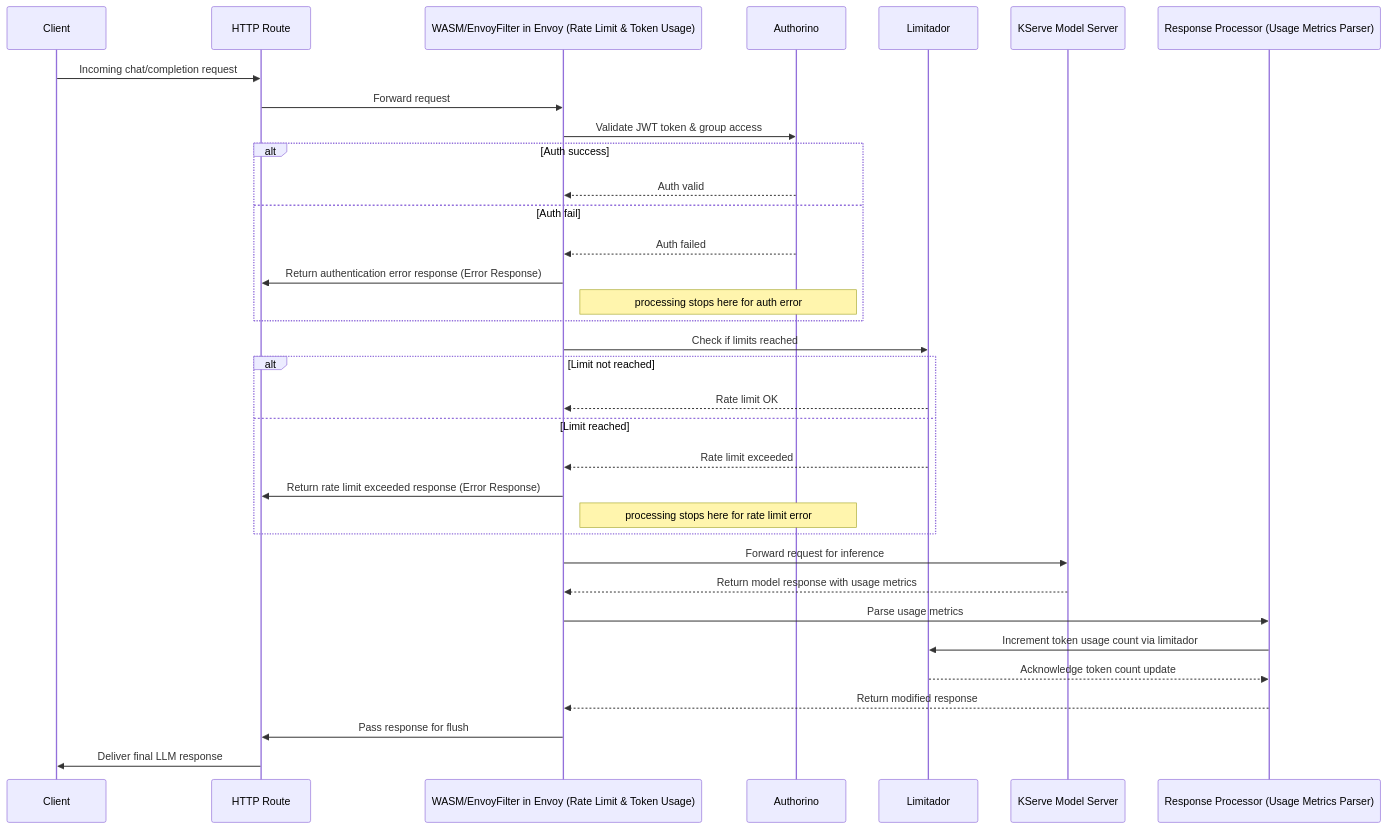
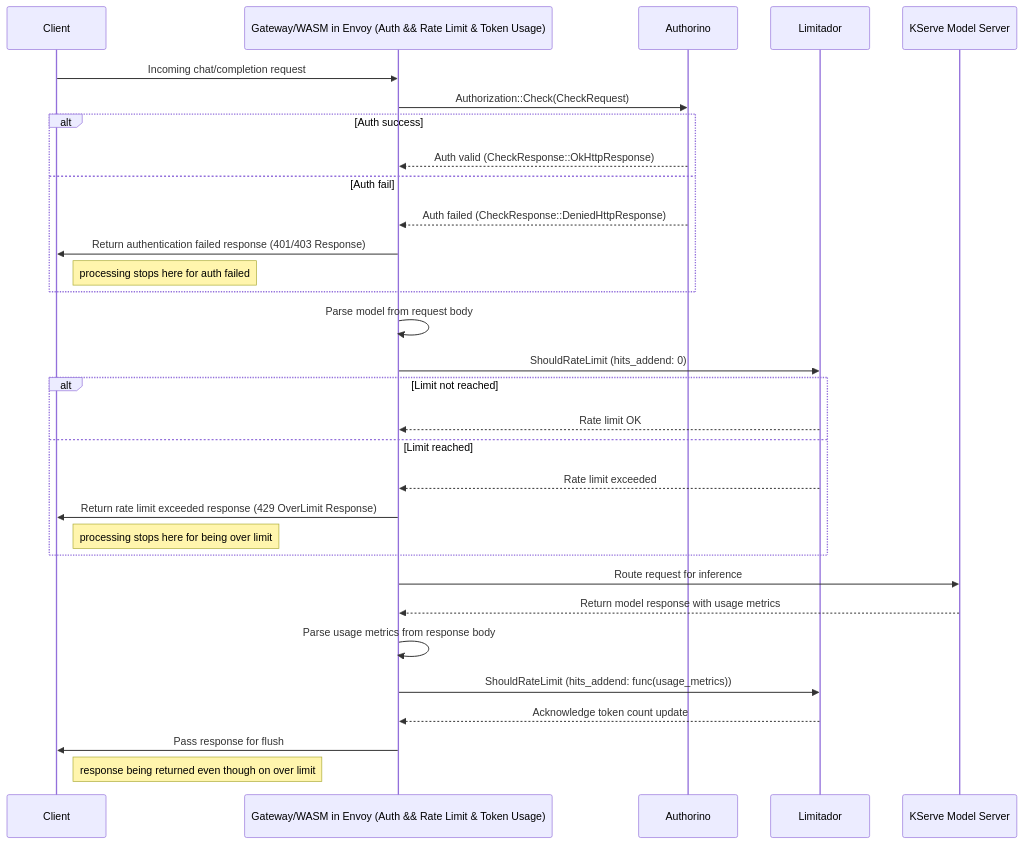
One commit to Kuadrant/architecture changed the first of 2 diagrams in rfcs/0013-ai-policies.md. Above: the diagram before and after it, drawn with Mermaid. The commit also changed other lines of this file, not shown here.

Commit message:
update token rate limiting sequence diagram

````diff
--- a/rfcs/0013-ai-policies.md
+++ b/rfcs/0013-ai-policies.md
@@ -205,51 +205,47 @@
 ```mermaid
 sequenceDiagram
   participant C as Client
-  participant HR as HTTP Route
-  participant WL as WASM/EnvoyFilter in Envoy (Rate Limit & Token Usage)
+  participant GW as Gateway/WASM in Envoy (Auth && Rate Limit & Token Usage)
   participant A as Authorino
   participant L as Limitador
   participant MS as KServe Model Server
-  participant RPM as Response Processor (Usage Metrics Parser)
 
   %% initial req
-  C->>HR: Incoming chat/completion request
-  HR->>WL: Forward request
+  C->>GW: Incoming chat/completion request
 
   %% JWT authentication check via Authorino
-  WL->>A: Validate JWT token & group access
+  GW->>A: Authorization::Check(CheckRequest)
   alt Auth success
-    A-->>WL: Auth valid
+    A-->>GW: Auth valid (CheckResponse::OkHttpResponse)
   else Auth fail
-    A-->>WL: Auth failed
-    WL->>HR: Return authentication error response (Error Response)
-    note right of WL: processing stops here for auth error
+    A-->>GW: Auth failed (CheckResponse::DeniedHttpResponse)
+    GW->>C: Return authentication failed response (401/403 Response)
+    note right of C: processing stops here for auth failed
   end
 
   %% pre-model-server token rate limiting check
-  WL->>L: Check if limits reached
+  GW->>GW: Parse model from request body
+  GW->>L: ShouldRateLimit (hits_addend: 0)
   alt Limit not reached
-    L-->>WL: Rate limit OK
+    L-->>GW: Rate limit OK
   else Limit reached
-    L-->>WL: Rate limit exceeded
-    WL->>HR: Return rate limit exceeded response (Error Response)
-    note right of WL: processing stops here for rate limit error
+    L-->>GW: Rate limit exceeded
+    GW->>C: Return rate limit exceeded response (429 OverLimit Response)
+    note right of C: processing stops here for being over limit
   end
 
-  %% forward request for inference if no early errors above
-  WL->>MS: Forward request for inference
-  MS-->>WL: Return model response with usage metrics
+  %% Route request for inference
+  GW->>MS: Route request for inference
+  MS-->>GW: Return model response with usage metrics
 
   %% process response: parse usage metrics from model response
-  WL->>RPM: Parse usage metrics
+  GW->>GW: Parse usage metrics from response body
 
   %% update token usage count via Limitador
-  RPM->>L: Increment token usage count via limitador
-  L-->>RPM: Acknowledge token count update
+  GW->>L: ShouldRateLimit (hits_addend: func(usage_metrics))
+  L-->>GW: Acknowledge token count update
 
   %% final inference response: deliver back to client
-  RPM-->>WL: Return modified response
-  WL->>HR: Pass response for flush
-  HR->>C: Deliver final LLM response
-
+  GW->>C: Pass response for flush
+  note right of C: response being returned even though on over limit
 ```
````
